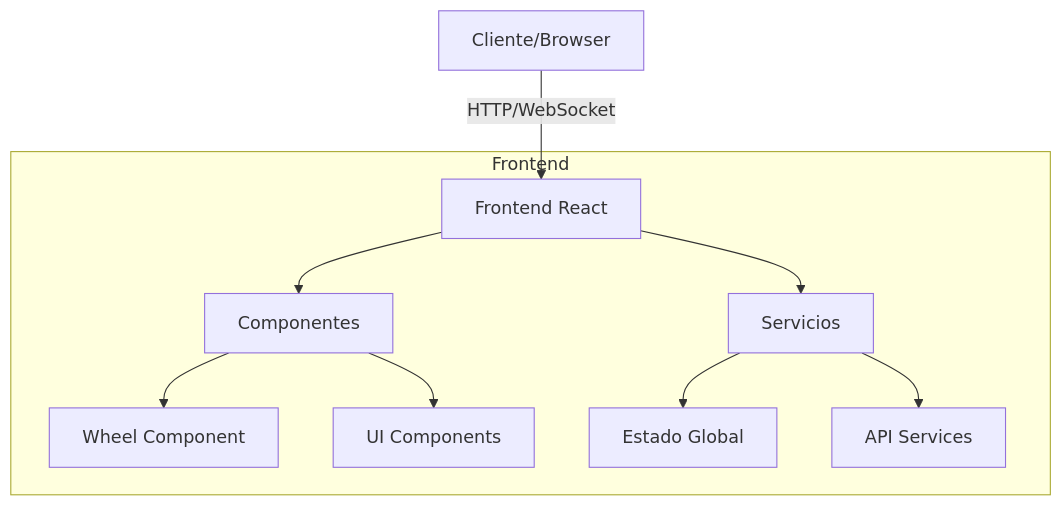
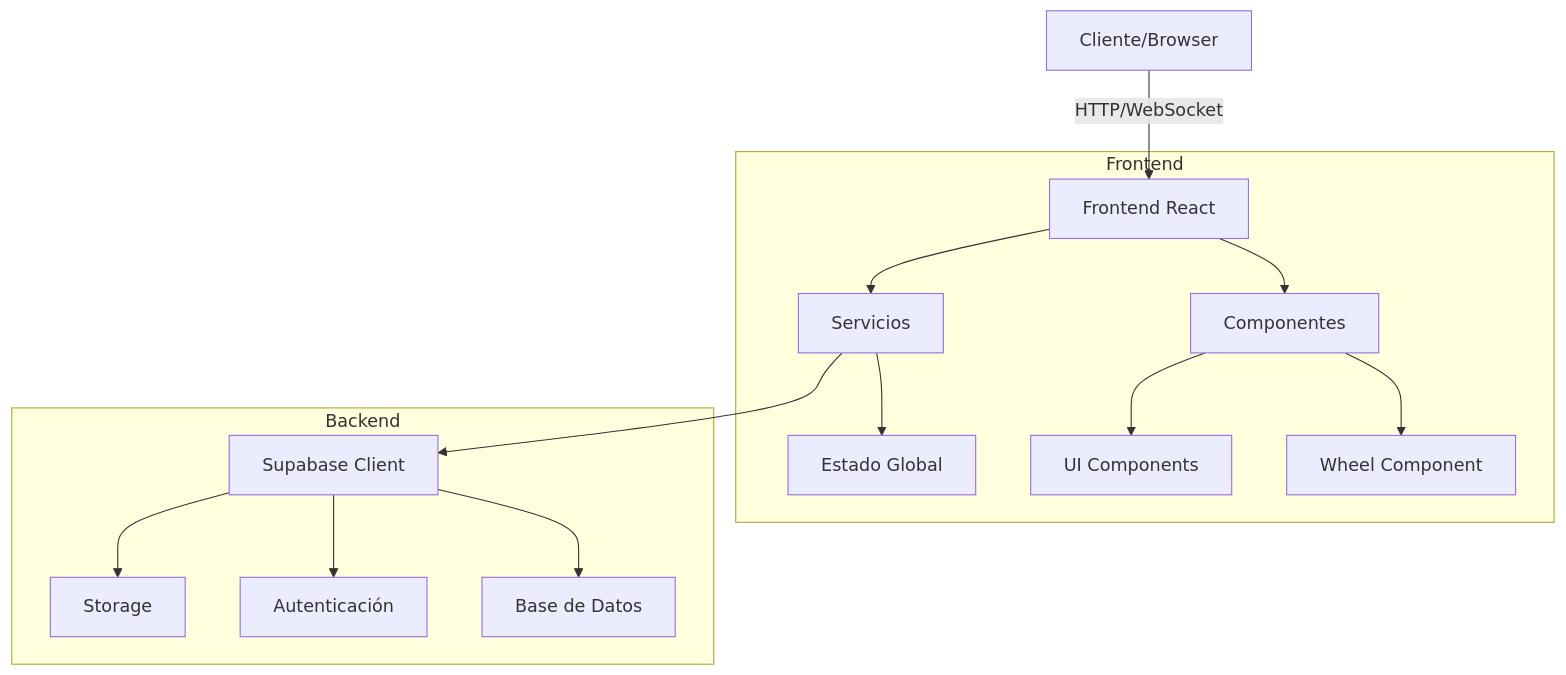
Before and after one commit to SantiagoXOR/ruleta-todo-gratis_react: the first of 4 diagrams in docs/ARCHITECTURE.md, drawn with Mermaid. The commit also changed other lines of this file and 25 other files, not shown here.

````diff
--- a/docs/ARCHITECTURE.md
+++ b/docs/ARCHITECTURE.md
@@ -5,20 +5,29 @@
 ```mermaid
 graph TD
     A[Cliente/Browser] -->|HTTP/WebSocket| B[Frontend React]
     B --> C[Componentes]
     C --> D[Wheel Component]
     C --> E[UI Components]
     B --> F[Servicios]
     F --> G[Estado Global]
-    F --> H[API Services]
+    F --> H[Supabase Client]
+    H --> I[Base de Datos]
+    H --> J[Autenticación]
+    H --> K[Storage]
 
     subgraph Frontend
         B
         C
         D
         E
         F
         G
+    end
+
+    subgraph Backend
         H
+        I
+        J
+        K
     end
 ```
````
